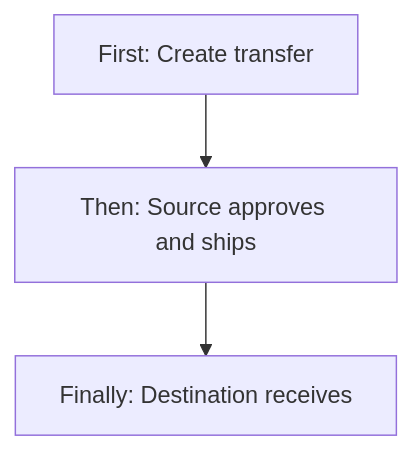
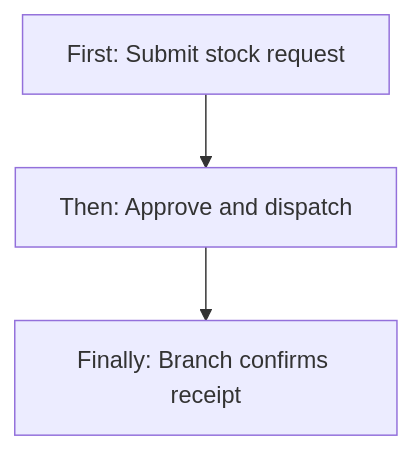
Before and after one commit to Aurifex-Innovations/ERP_docs: the seventh of 9 diagrams in v0_final_docs/stock-management.md, drawn with Mermaid. The commit also changed other lines of this file, not shown here.

````diff
--- a/v0_final_docs/stock-management.md
+++ b/v0_final_docs/stock-management.md
@@ -745,5 +399,5 @@
 ```mermaid
 flowchart TD
-  tx["First: Create transfer"] --> srcOk["Then: Source approves and ships"]
-  srcOk --> destOk["Finally: Destination receives"]
+  reqFirst["First: Submit stock request"] --> reqThen["Then: Approve and dispatch"]
+  reqThen --> reqFinal["Finally: Branch confirms receipt"]
 ```
````
